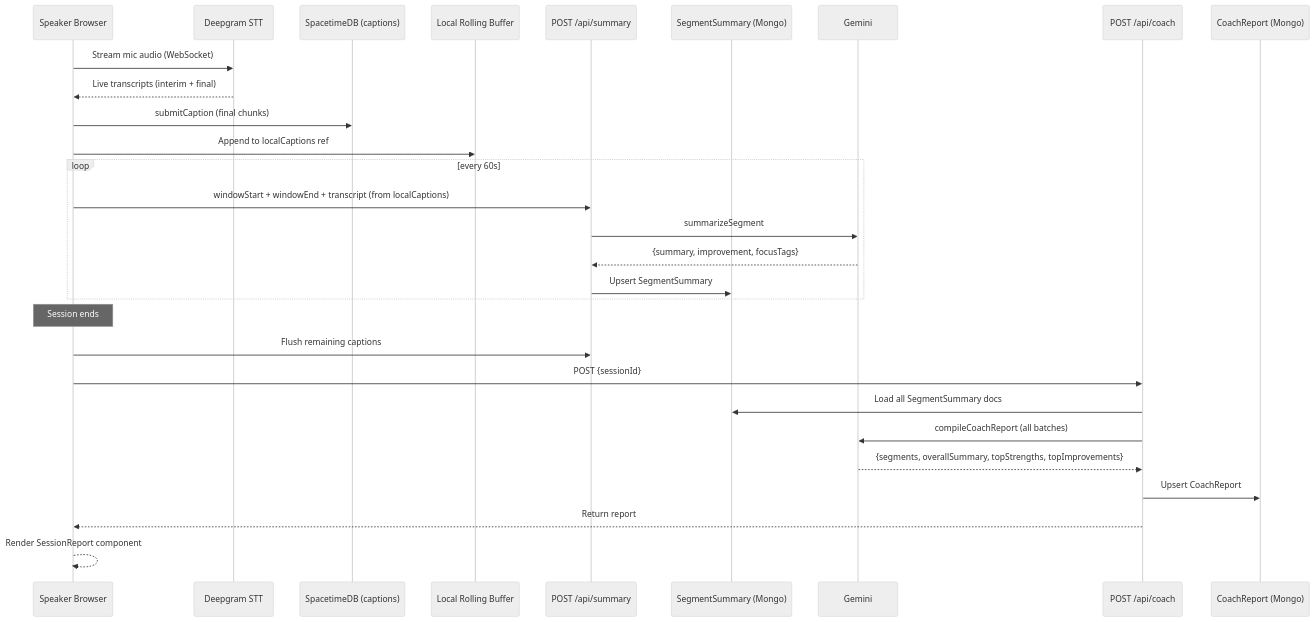
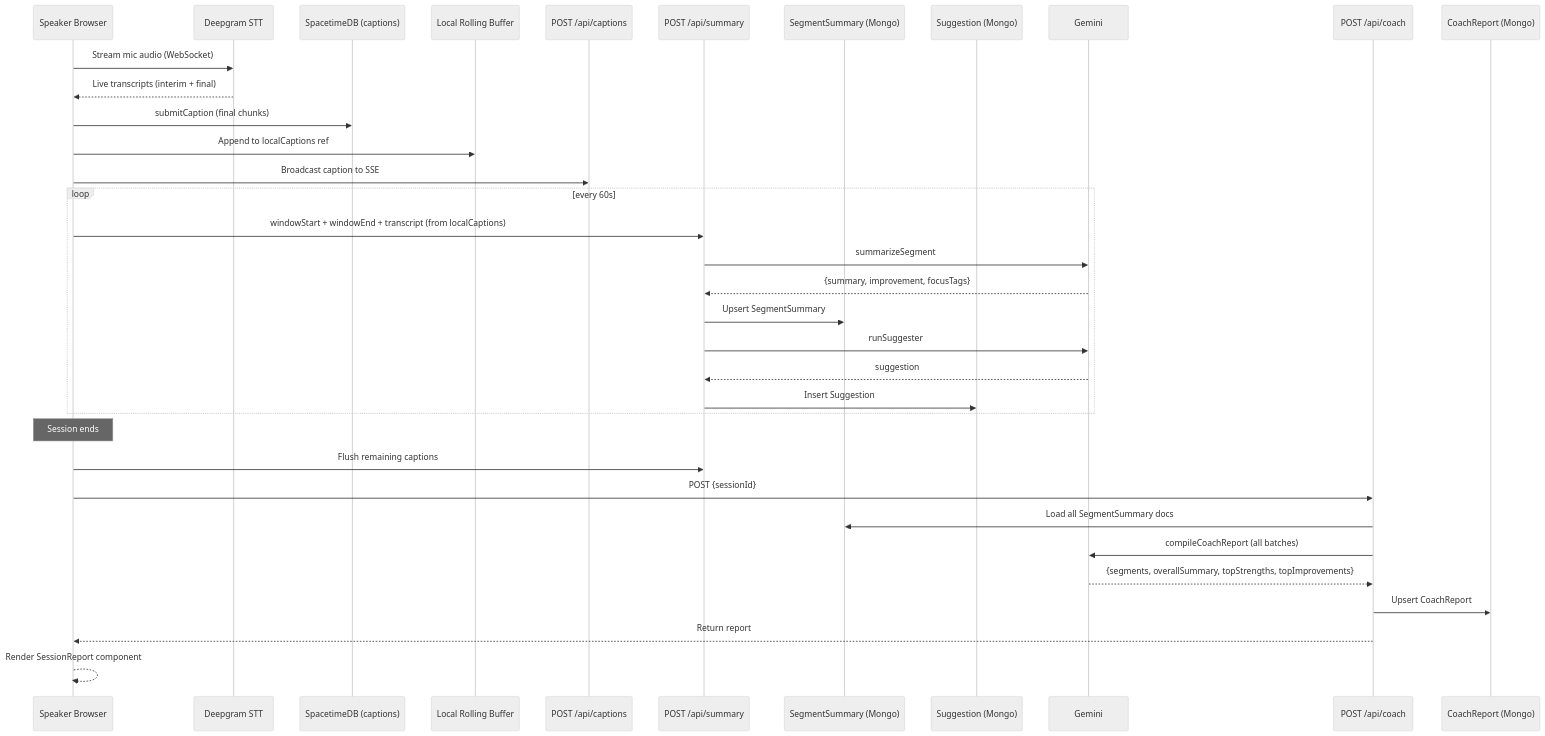
One commit to arvinder004/PULSE_HACKBYTE4.0 changed the sixth of 9 diagrams in PULSE_ARCHITECTUREPLAN.md. Above: the diagram before and after it, drawn with Mermaid (neutral theme). The commit also changed other lines of this file and 7 other files, not shown here.

First line of the commit message:
feat: Update documentation and architecture for PULSE

````diff
--- a/PULSE_ARCHITECTUREPLAN.md
+++ b/PULSE_ARCHITECTUREPLAN.md
@@ -292,32 +325,38 @@
 ```mermaid
 sequenceDiagram
   participant Spk as Speaker Browser
   participant DG as Deepgram STT
   participant ST as SpacetimeDB (captions)
   participant Buf as Local Rolling Buffer
+  participant Cap as POST /api/captions
   participant Sum as POST /api/summary
   participant Seg as SegmentSummary (Mongo)
+  participant Sug as Suggestion (Mongo)
   participant Gem as Gemini
   participant Coach as POST /api/coach
   participant CR as CoachReport (Mongo)
 
   Spk->>DG: Stream mic audio (WebSocket)
   DG-->>Spk: Live transcripts (interim + final)
   Spk->>ST: submitCaption (final chunks)
   Spk->>Buf: Append to localCaptions ref
+  Spk->>Cap: Broadcast caption to SSE
   loop every 60s
     Spk->>Sum: windowStart + windowEnd + transcript (from localCaptions)
     Sum->>Gem: summarizeSegment
     Gem-->>Sum: {summary, improvement, focusTags}
     Sum->>Seg: Upsert SegmentSummary
+    Sum->>Gem: runSuggester
+    Gem-->>Sum: suggestion
+    Sum->>Sug: Insert Suggestion
   end
   Note over Spk: Session ends
   Spk->>Sum: Flush remaining captions
   Spk->>Coach: POST {sessionId}
   Coach->>Seg: Load all SegmentSummary docs
   Coach->>Gem: compileCoachReport (all batches)
   Gem-->>Coach: {segments, overallSummary, topStrengths, topImprovements}
   Coach->>CR: Upsert CoachReport
   Coach-->>Spk: Return report
   Spk-->>Spk: Render SessionReport component
 ```
````
